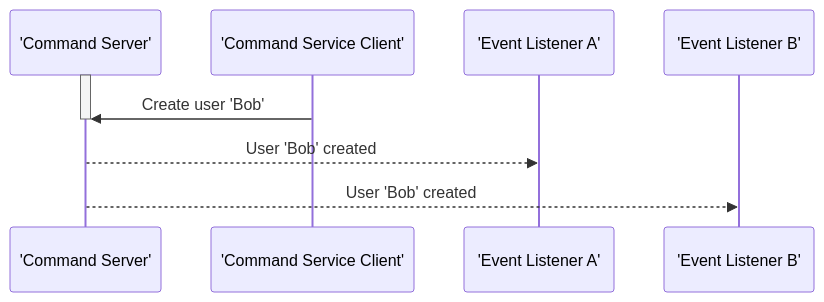
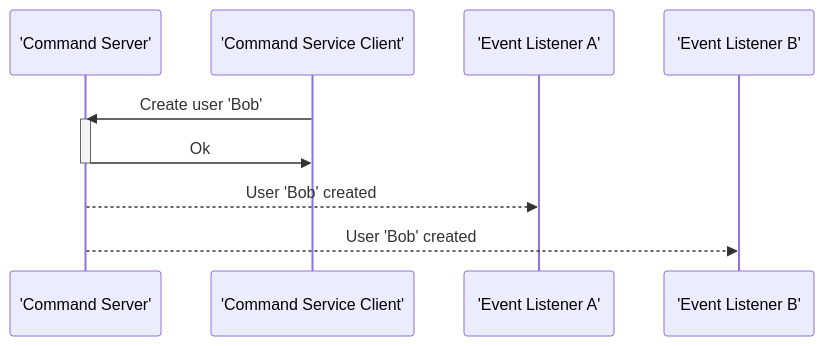
The diagram in README.md (phil3k3/cqrs-rust), drawn with Mermaid before and after one commit.

````diff
--- a/README.md
+++ b/README.md
@@ -12,12 +12,13 @@
 ```mermaid
 sequenceDiagram
     participant 'Command Server'
     participant 'Command Service Client'
     participant 'Event Listener A'
     participant 'Event Listener B'
+    'Command Service Client'->>'Command Server': Create user 'Bob'
     activate 'Command Server'
-    'Command Service Client'->>'Command Server': Create user 'Bob'
+    'Command Server'->>'Command Service Client': Ok
     deactivate 'Command Server'
     'Command Server'-->>'Event Listener A': User 'Bob' created
     'Command Server'-->>'Event Listener B': User 'Bob' created
 ```
````
